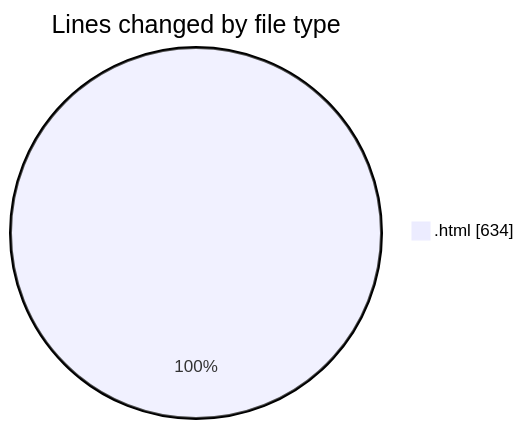
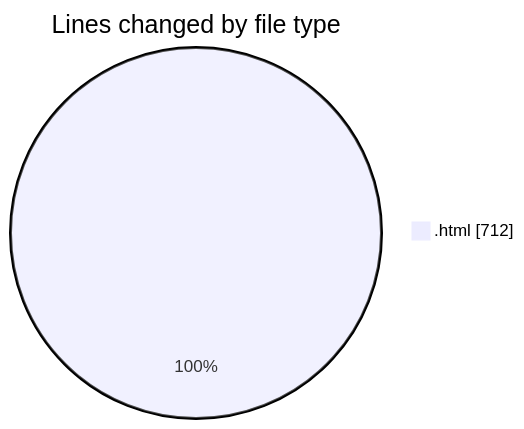
The first of 2 diagrams in 2026-07-16/panel/README.md (shibass792/code-tracking), drawn with Mermaid before and after one commit. The commit also changed other lines of this file and 1 other file, not shown here.

````diff
--- a/2026-07-16/panel/README.md
+++ b/2026-07-16/panel/README.md
@@ -20,5 +20,5 @@
 ```mermaid
 pie showData
 title Lines changed by file type
-".html" : 634
+".html" : 712
 ```
````
